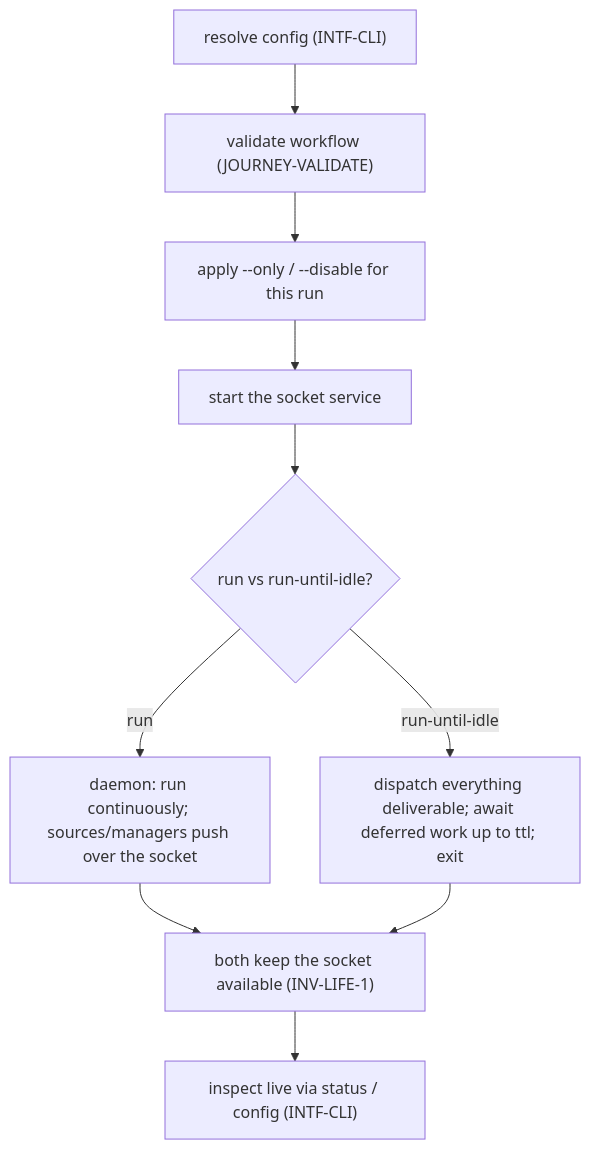
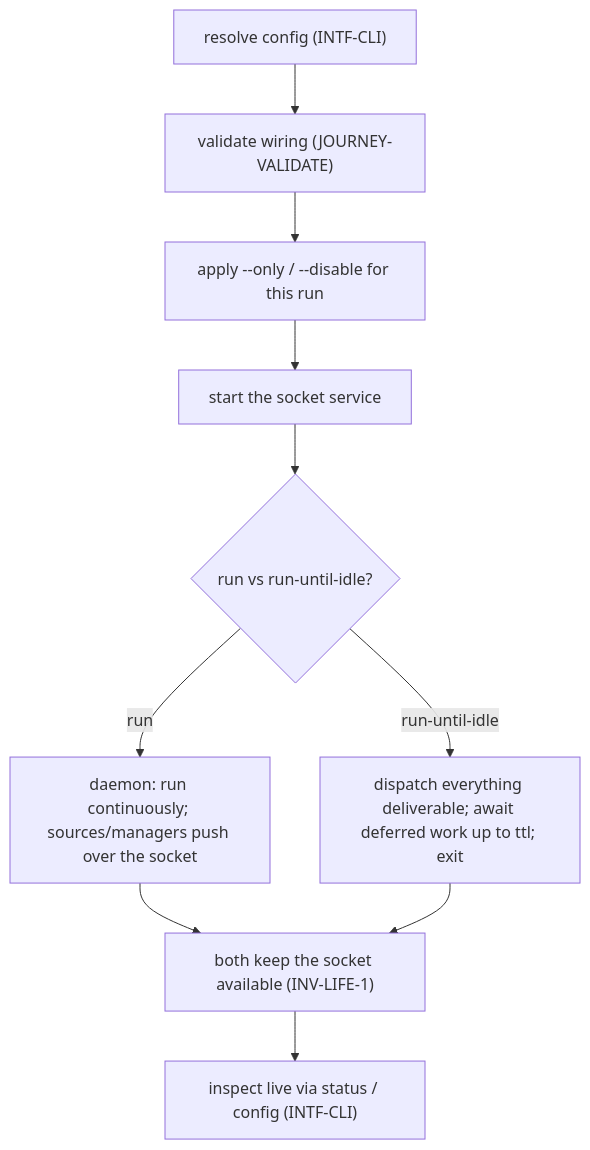
Before and after one commit to phillipgreenii/nix-agent-support: the fifth of 13 diagrams in packages/pr-pool/docs/behavior/journeys.md, drawn with Mermaid. The commit also changed other lines of this file and 5 other files, not shown here.

````diff
--- a/packages/pr-pool/docs/behavior/journeys.md
+++ b/packages/pr-pool/docs/behavior/journeys.md
@@ -252,12 +261,12 @@
 ```mermaid
 flowchart TD
-    cfg["resolve config (INTF-CLI)"] --> val["validate workflow (JOURNEY-VALIDATE)"]
+    cfg["resolve config (INTF-CLI)"] --> val["validate wiring (JOURNEY-VALIDATE)"]
     val --> sel["apply --only / --disable for this run"]
     sel --> sock["start the socket service"]
     sock --> mode{"run vs run-until-idle?"}
     mode -->|run| daemon["daemon: run continuously; sources/managers push over the socket"]
     mode -->|run-until-idle| rui["dispatch everything deliverable; await deferred work up to ttl; exit"]
     daemon --> life["both keep the socket available (INV-LIFE-1)"]
     rui --> life
     life --> inspect["inspect live via status / config (INTF-CLI)"]
 ```
````
